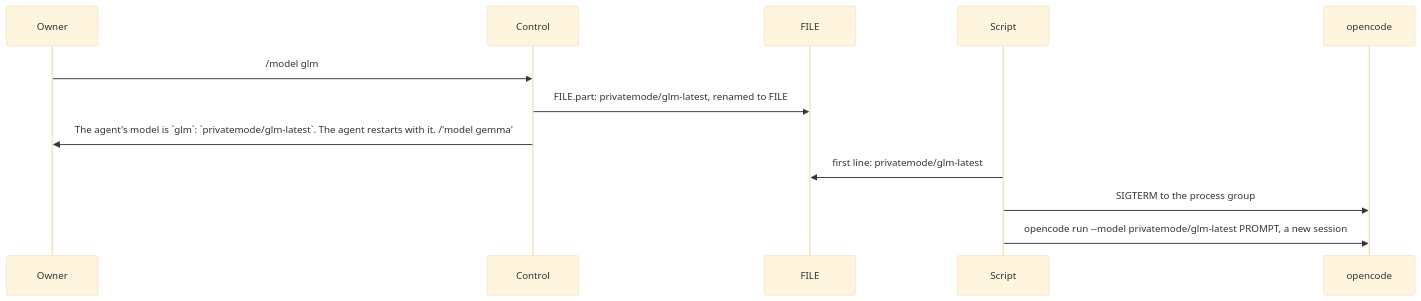
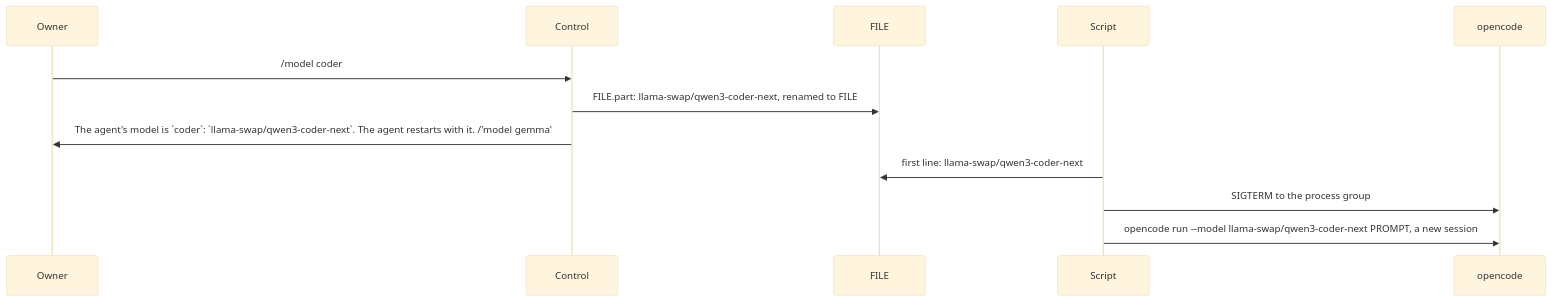
Before and after one commit to simplex-chat/simplex-chat: the diagram in plans/2026-11-12-mcp-model.md, drawn with Mermaid (base theme). The commit also changed other lines of this file and 8 other files, not shown here.

````diff
--- a/plans/2026-11-12-mcp-model.md
+++ b/plans/2026-11-12-mcp-model.md
@@ -57,14 +57,14 @@
 ```mermaid
 sequenceDiagram
   participant O as Owner
   participant K as Control
   participant F as FILE
   participant L as Script
   participant A as opencode
-  O->>K: /model glm
-  K->>F: FILE.part: privatemode/glm-latest, renamed to FILE
-  K->>O: The agent's model is `glm`: `privatemode/glm-latest`. The agent restarts with it. /'model gemma'
-  L->>F: first line: privatemode/glm-latest
+  O->>K: /model coder
+  K->>F: FILE.part: llama-swap/qwen3-coder-next, renamed to FILE
+  K->>O: The agent's model is `coder`: `llama-swap/qwen3-coder-next`. The agent restarts with it. /'model gemma'
+  L->>F: first line: llama-swap/qwen3-coder-next
   L->>A: SIGTERM to the process group
-  L->>A: opencode run --model privatemode/glm-latest PROMPT, a new session
+  L->>A: opencode run --model llama-swap/qwen3-coder-next PROMPT, a new session
 ```
````
